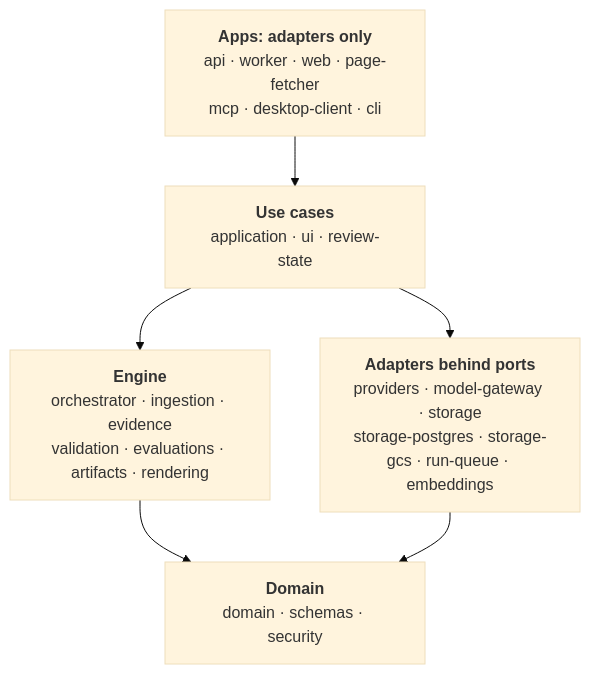
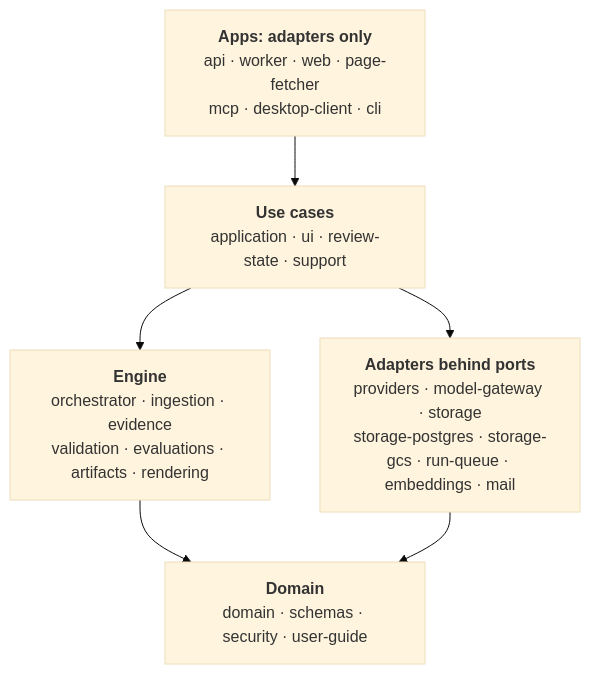
The fourth of 5 diagrams in docs/architecture/overview.md (akoita/draft-loop), drawn with Mermaid (base theme) before and after one commit. The commit also changed other lines of this file and 11 other files, not shown here.

First line of the commit message:
Bring the architecture diagrams and docs up to date with production

````diff
--- a/docs/architecture/overview.md
+++ b/docs/architecture/overview.md
@@ -179,13 +198,13 @@
 ```mermaid
 flowchart TB
   apps["<b>Apps: adapters only</b><br/>api · worker · web · page-fetcher<br/>mcp · desktop-client · cli"]
-  usecases["<b>Use cases</b><br/>application · ui · review-state"]
+  usecases["<b>Use cases</b><br/>application · ui · review-state · support"]
   engine["<b>Engine</b><br/>orchestrator · ingestion · evidence<br/>validation · evaluations · artifacts · rendering"]
-  adapters["<b>Adapters behind ports</b><br/>providers · model-gateway · storage<br/>storage-postgres · storage-gcs · run-queue · embeddings"]
-  core["<b>Domain</b><br/>domain · schemas · security"]
+  adapters["<b>Adapters behind ports</b><br/>providers · model-gateway · storage<br/>storage-postgres · storage-gcs · run-queue · embeddings · mail"]
+  core["<b>Domain</b><br/>domain · schemas · security · user-guide"]
   apps --> usecases
   usecases --> engine
   usecases --> adapters
   engine --> core
   adapters --> core
 ```
````
